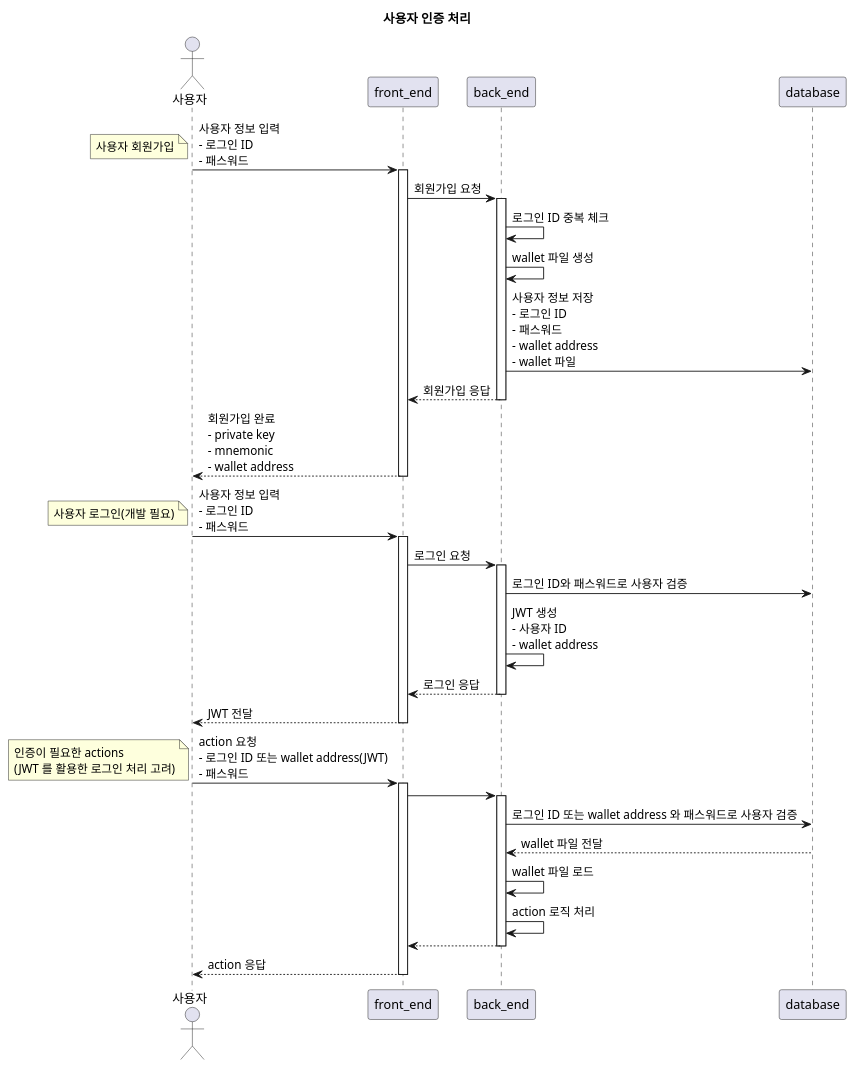
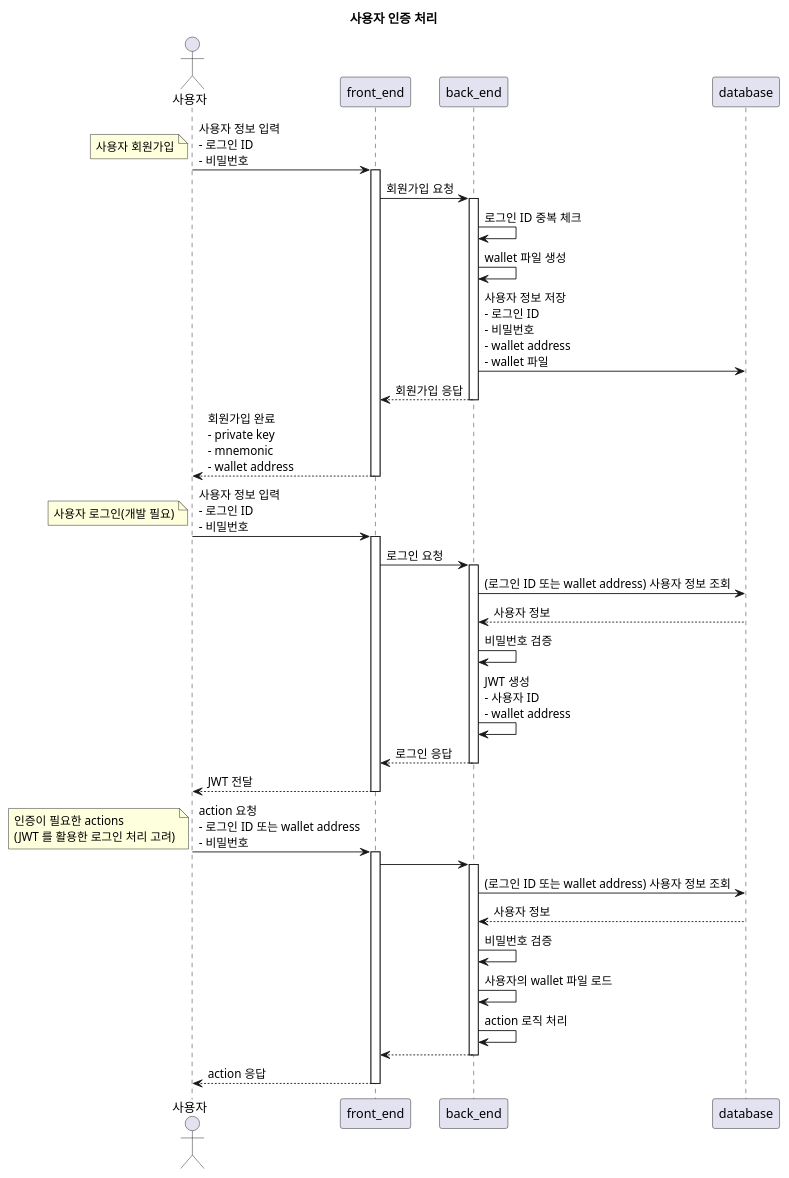
Before and after one commit to LaOnZenaMoon/smart-contract-playground: the diagram in docs/sequence-diagram/사용자 인증 처리.puml, drawn with PlantUML.

Commit message:
docs: 사용자 인증 처리 설계 관련 sequence diagram 수정

```diff
--- a/docs/sequence-diagram/사용자 인증 처리.puml
+++ b/docs/sequence-diagram/사용자 인증 처리.puml
@@ -1,48 +1,51 @@
 @startuml
 title 사용자 인증 처리
 
 actor 사용자
 participant front_end
 participant back_end
 participant database
 
-사용자->front_end: 사용자 정보 입력\n- 로그인 ID\n- 패스워드
+사용자->front_end: 사용자 정보 입력\n- 로그인 ID\n- 비밀번호
 note left: 사용자 회원가입
 activate front_end
 front_end->back_end: 회원가입 요청
 activate back_end
 back_end->back_end: 로그인 ID 중복 체크
 back_end->back_end: wallet 파일 생성
-back_end->database: 사용자 정보 저장\n- 로그인 ID\n- 패스워드\n- wallet address\n- wallet 파일
+back_end->database: 사용자 정보 저장\n- 로그인 ID\n- 비밀번호\n- wallet address\n- wallet 파일
 back_end-->front_end: 회원가입 응답
 deactivate back_end
 front_end-->사용자: 회원가입 완료\n- private key\n- mnemonic\n- wallet address
 deactivate front_end
 
-사용자->front_end: 사용자 정보 입력\n- 로그인 ID\n- 패스워드
+사용자->front_end: 사용자 정보 입력\n- 로그인 ID\n- 비밀번호
 note left: 사용자 로그인(개발 필요)
 activate front_end
 front_end->back_end: 로그인 요청
 activate back_end
-back_end->database: 로그인 ID와 패스워드로 사용자 검증
+back_end->database: (로그인 ID 또는 wallet address) 사용자 정보 조회
+database-->back_end: 사용자 정보
+back_end->back_end: 비밀번호 검증
 back_end->back_end: JWT 생성\n- 사용자 ID\n- wallet address
 back_end-->front_end: 로그인 응답
 deactivate back_end
 front_end-->사용자: JWT 전달
 deactivate front_end
 
-사용자->front_end: action 요청\n- 로그인 ID 또는 wallet address(JWT)\n- 패스워드
+사용자->front_end: action 요청\n- 로그인 ID 또는 wallet address\n- 비밀번호
 note left: 인증이 필요한 actions\n(JWT 를 활용한 로그인 처리 고려)
 activate front_end
 front_end->back_end
 activate back_end
-back_end->database: 로그인 ID 또는 wallet address 와 패스워드로 사용자 검증
-database-->back_end: wallet 파일 전달
-back_end->back_end: wallet 파일 로드
+back_end->database: (로그인 ID 또는 wallet address) 사용자 정보 조회
+database-->back_end: 사용자 정보
+back_end->back_end: 비밀번호 검증
+back_end->back_end: 사용자의 wallet 파일 로드
 back_end->back_end: action 로직 처리
 back_end-->front_end
 deactivate back_end
 front_end-->사용자: action 응답
 deactivate front_end
 
 @enduml
```
